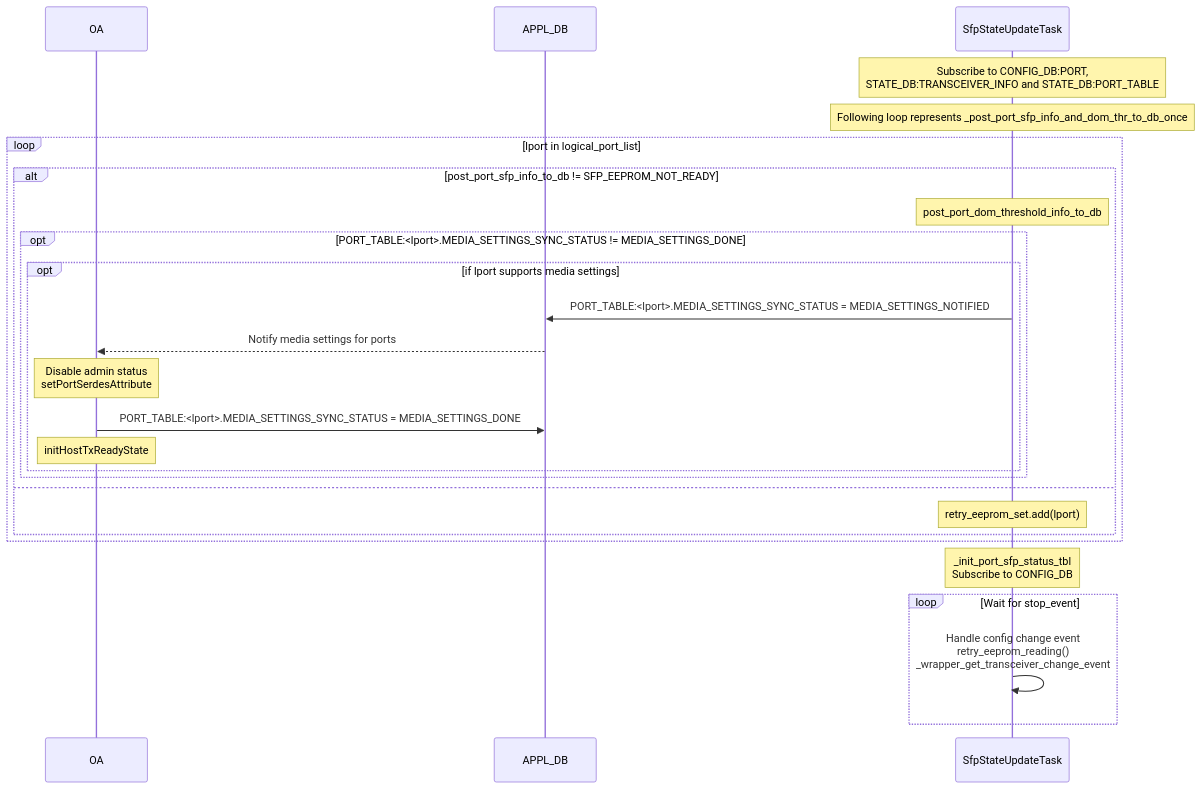
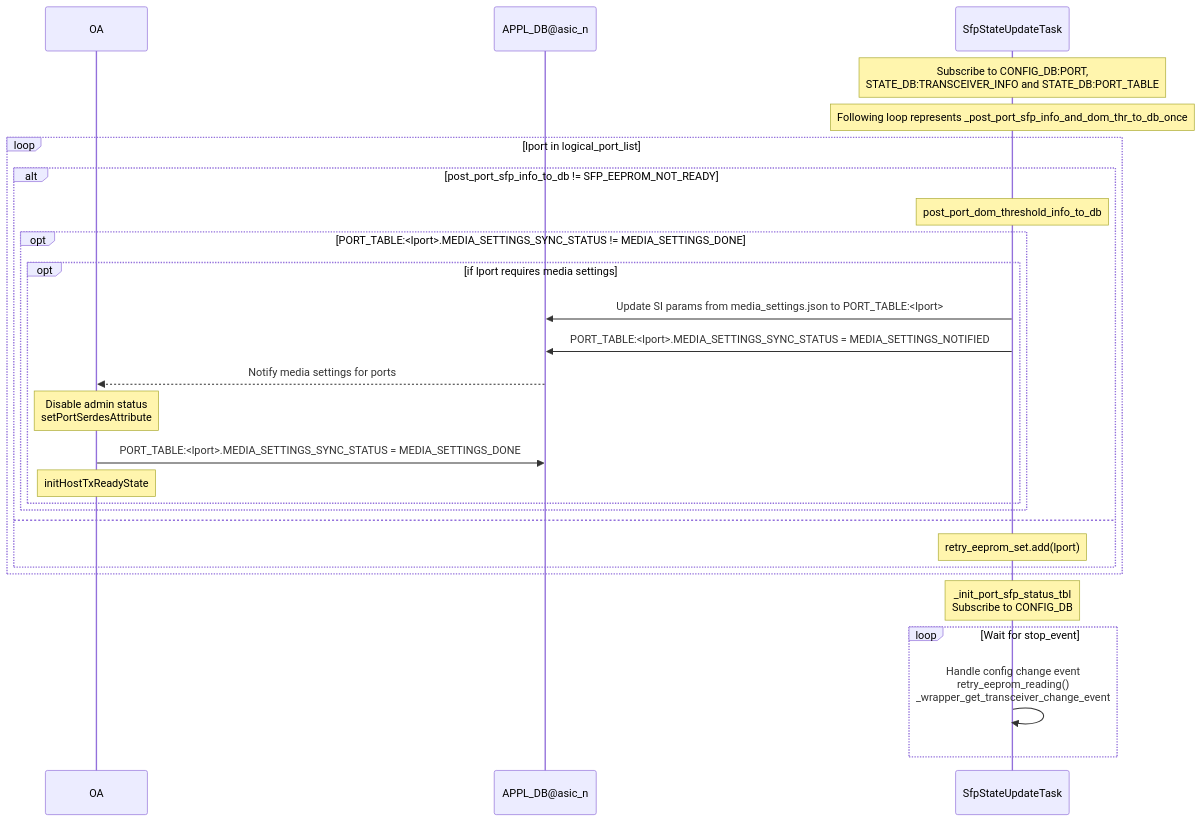
One commit to sonic-net/SONiC changed the second of 5 diagrams in doc/sfp-cmis/Interface-Link-bring-up-sequence.md. Above: the diagram before and after it, drawn with Mermaid. The commit also changed other lines of this file, not shown here.

Commit message:
Addressed PR comments and separated media notification between SfpStateUpdateTask and CmisManagerTask threads

````diff
--- a/doc/sfp-cmis/Interface-Link-bring-up-sequence.md
+++ b/doc/sfp-cmis/Interface-Link-bring-up-sequence.md
@@ -272,29 +281,30 @@
 ```mermaid
 sequenceDiagram
     participant OA
-    participant APPL_DB
+    participant APPL_DB as APPL_DB@asic_n
     participant SfpStateUpdateTask
 
     Note over SfpStateUpdateTask: Subscribe to CONFIG_DB:PORT,<br>STATE_DB:TRANSCEIVER_INFO and STATE_DB:PORT_TABLE
     Note over SfpStateUpdateTask: Following loop represents _post_port_sfp_info_and_dom_thr_to_db_once
     loop lport in logical_port_list
         alt post_port_sfp_info_to_db != SFP_EEPROM_NOT_READY
              Note over SfpStateUpdateTask: post_port_dom_threshold_info_to_db
             opt PORT_TABLE:<lport>.MEDIA_SETTINGS_SYNC_STATUS != MEDIA_SETTINGS_DONE
-              opt if lport supports media settings
+              opt if lport requires media settings
+                  SfpStateUpdateTask ->> APPL_DB: Update SI params from media_settings.json to PORT_TABLE:<lport>
                   SfpStateUpdateTask ->> APPL_DB: PORT_TABLE:<lport>.MEDIA_SETTINGS_SYNC_STATUS = MEDIA_SETTINGS_NOTIFIED
                   APPL_DB -->> OA: Notify media settings for ports
                   Note over OA: Disable admin status<br>setPortSerdesAttribute
                   OA ->> APPL_DB: PORT_TABLE:<lport>.MEDIA_SETTINGS_SYNC_STATUS = MEDIA_SETTINGS_DONE
                   Note over OA: initHostTxReadyState
                 end
             end
         else
             Note over SfpStateUpdateTask: retry_eeprom_set.add(lport)
         end
     end
     Note over SfpStateUpdateTask: _init_port_sfp_status_tbl<br>Subscribe to CONFIG_DB
     loop Wait for stop_event
         SfpStateUpdateTask ->> SfpStateUpdateTask: Handle config change event<br>retry_eeprom_reading()<br>_wrapper_get_transceiver_change_event
     end
 ```
````
